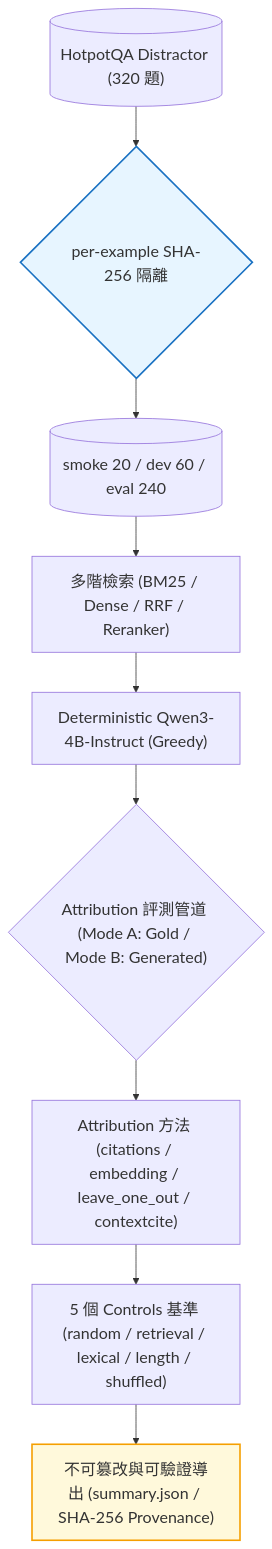
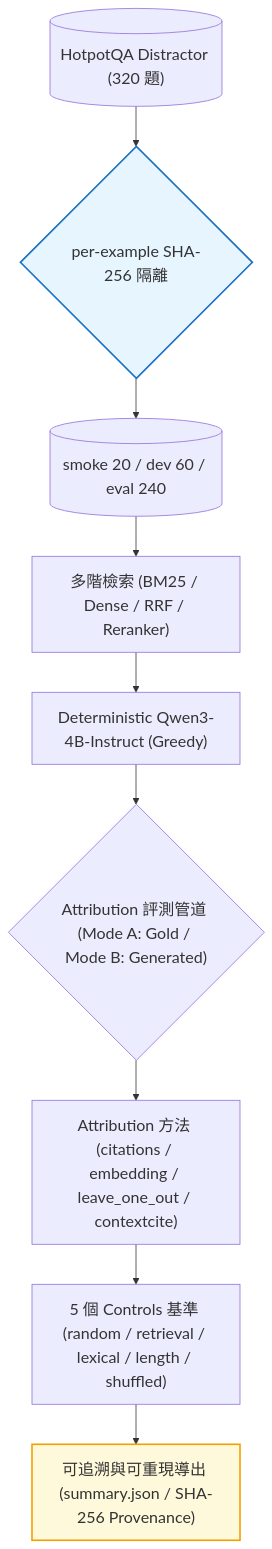
The diagram in README.md (kuotunyu/rag-evidence-attribution-bench), drawn with Mermaid before and after one commit. The commit also changed other lines of this file and 120 other files, not shown here.

````diff
--- a/README.md
+++ b/README.md
@@ -26,18 +25,18 @@
 ```mermaid
 %%{init: {'themeVariables': {'fontSize': '20px'}}}%%
 flowchart TD
     Data[("HotpotQA Distractor (320 題)")] --> Fingerprint{"per-example SHA-256 隔離"}
     Fingerprint --> Splits[("smoke 20 / dev 60 / eval 240")]
 
     Splits --> Retrieval["多階檢索 (BM25 / Dense / RRF / Reranker)"]
     Retrieval --> Gen["Deterministic Qwen3-4B-Instruct (Greedy)"]
 
     Gen --> Attr{"Attribution 評測管道 (Mode A: Gold / Mode B: Generated)"}
     Attr --> Methods["Attribution 方法 (citations / embedding / leave_one_out / contextcite)"]
     Methods --> Controls["5 個 Controls 基準 (random / retrieval / lexical / length / shuffled)"]
 
-    Controls --> Eval["不可篡改與可驗證導出 (summary.json / SHA-256 Provenance)"]
+    Controls --> Eval["可追溯與可重現導出 (summary.json / SHA-256 Provenance)"]
 
     style Fingerprint fill:#e7f5ff,stroke:#1971c2,stroke-width:2px
     style Eval fill:#fff9db,stroke:#f59f00,stroke-width:2px
 ```
````
